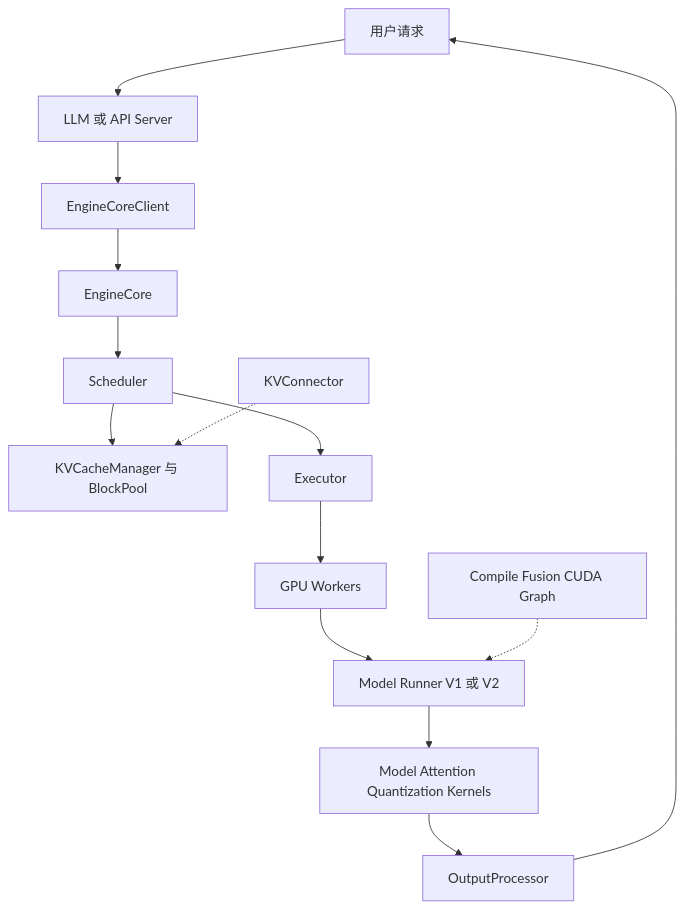
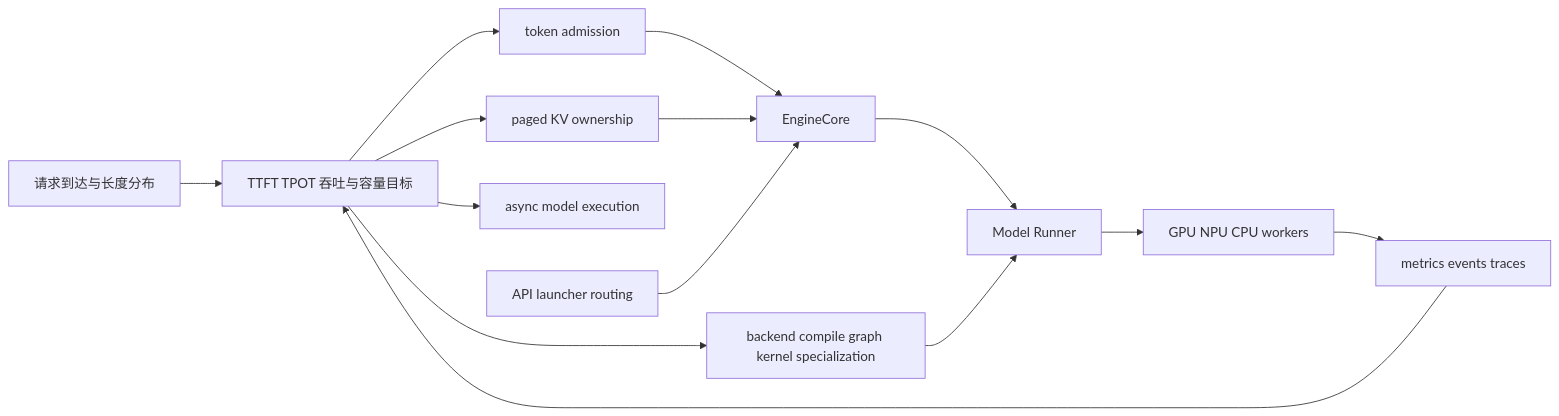
The diagram in wiki/02_engineering/03_infer_frameworks/vllm/index.md (suhaibo666/llm-knowledge), drawn with Mermaid before and after one commit. The commit also changed other lines of this file and 21 other files, not shown here.

````diff
--- a/wiki/02_engineering/03_infer_frameworks/vllm/index.md
+++ b/wiki/02_engineering/03_infer_frameworks/vllm/index.md
@@ -19,16 +12,16 @@
 ```mermaid
-flowchart TB
-  U["用户请求"] --> FE["LLM 或 API Server"]
-  FE --> C["EngineCoreClient"]
-  C --> EC["EngineCore"]
-  EC --> S["Scheduler"]
-  S --> KV["KVCacheManager 与 BlockPool"]
-  S --> EX["Executor"]
-  EX --> W["GPU Workers"]
-  W --> MR["Model Runner V1 或 V2"]
-  MR --> AT["Model Attention Quantization Kernels"]
-  AT --> OUT["OutputProcessor"]
-  OUT --> U
-  KVC["KVConnector"] -.-> KV
-  CG["Compile Fusion CUDA Graph"] -.-> MR
+flowchart LR
+  Workload["请求到达与长度分布"] --> Goals["TTFT TPOT 吞吐与容量目标"]
+  Goals --> Admission["token admission"]
+  Goals --> Memory["paged KV ownership"]
+  Goals --> Execution["async model execution"]
+  Goals --> Specialize["backend compile graph kernel specialization"]
+  Admission --> Engine["EngineCore"]
+  Memory --> Engine
+  Engine --> Runner["Model Runner"]
+  Specialize --> Runner
+  Runner --> Devices["GPU NPU CPU workers"]
+  Serving["API launcher routing"] --> Engine
+  Devices --> Feedback["metrics events traces"]
+  Feedback --> Goals
 ```
````
